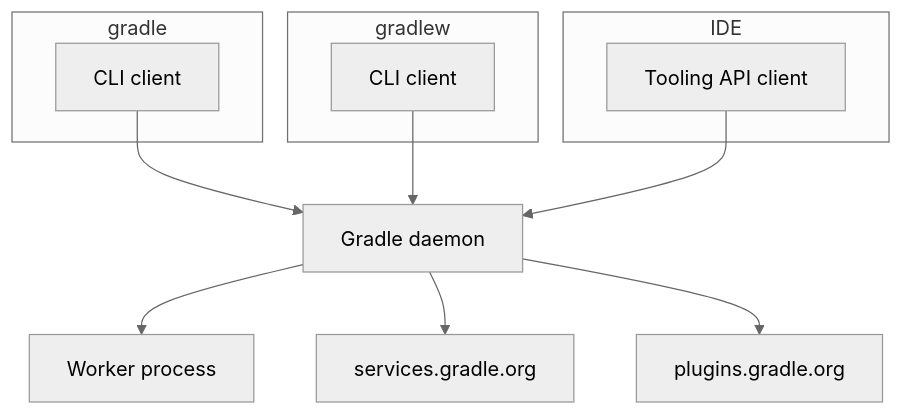
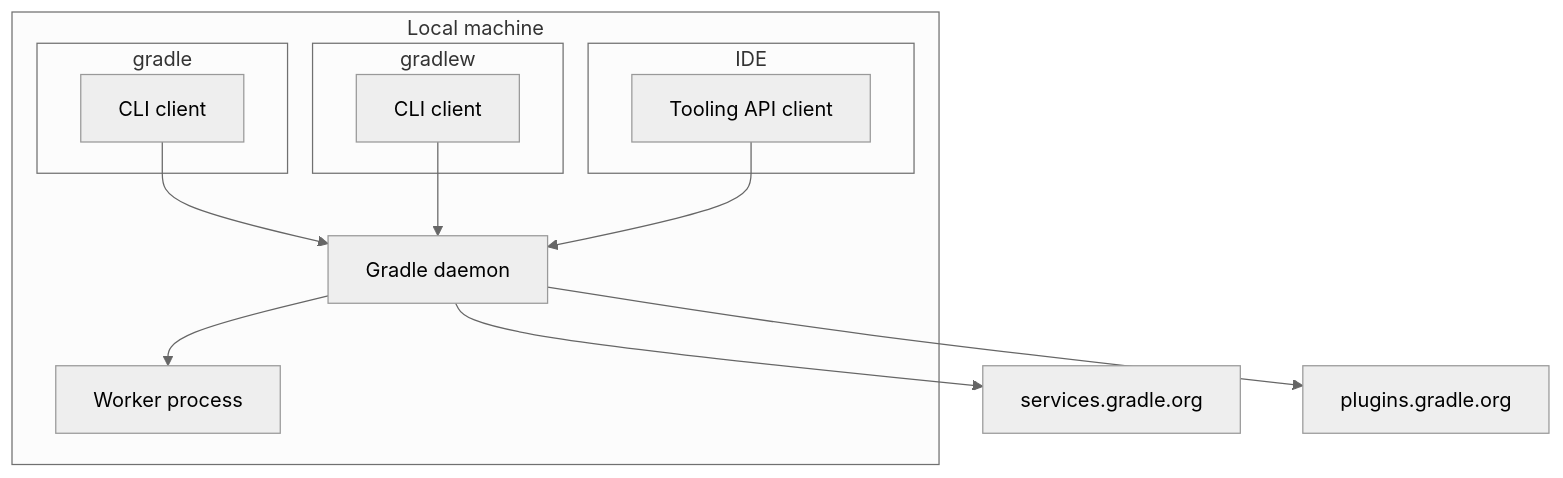
One commit to tianyeeT/gradle changed the diagram in architecture/runtimes.md. Above: the diagram before and after it, drawn with Mermaid (neutral theme). The commit also changed other lines of this file, not shown here.

Commit message:
tweak to previous.

````diff
--- a/architecture/runtimes.md
+++ b/architecture/runtimes.md
@@ -12,30 +12,34 @@
 ```mermaid
     graph TD
     
-    subgraph gradle
-        cli["CLI client"]
+    subgraph local["Local machine"]
+        
+        subgraph gradle
+            cli["CLI client"]
+        end
+    
+        subgraph gradlew
+            cli_gradlew["CLI client"]
+        end
+    
+        subgraph IDE    
+            tapi["Tooling API client"]
+        end
+        
+        daemon["Gradle daemon"]
+        cli --> daemon
+        cli_gradlew --> daemon
+        tapi --> daemon
+        
+        worker["Worker process"]
+        daemon --> worker
+        
     end
-
-    subgraph gradlew
-        cli_gradlew["CLI client"]
-    end
-
-    subgraph IDE    
-        tapi["Tooling API client"]
-    end
-    
-    daemon["Gradle daemon"]
-    cli --> daemon
-    cli_gradlew --> daemon
-    tapi --> daemon
-    
-    worker["Worker process"]
-    daemon --> worker
     
     services["services.gradle.org"]
     daemon --> services
 
     plugins["plugins.gradle.org"]
     daemon --> plugins
 
 ```
````
